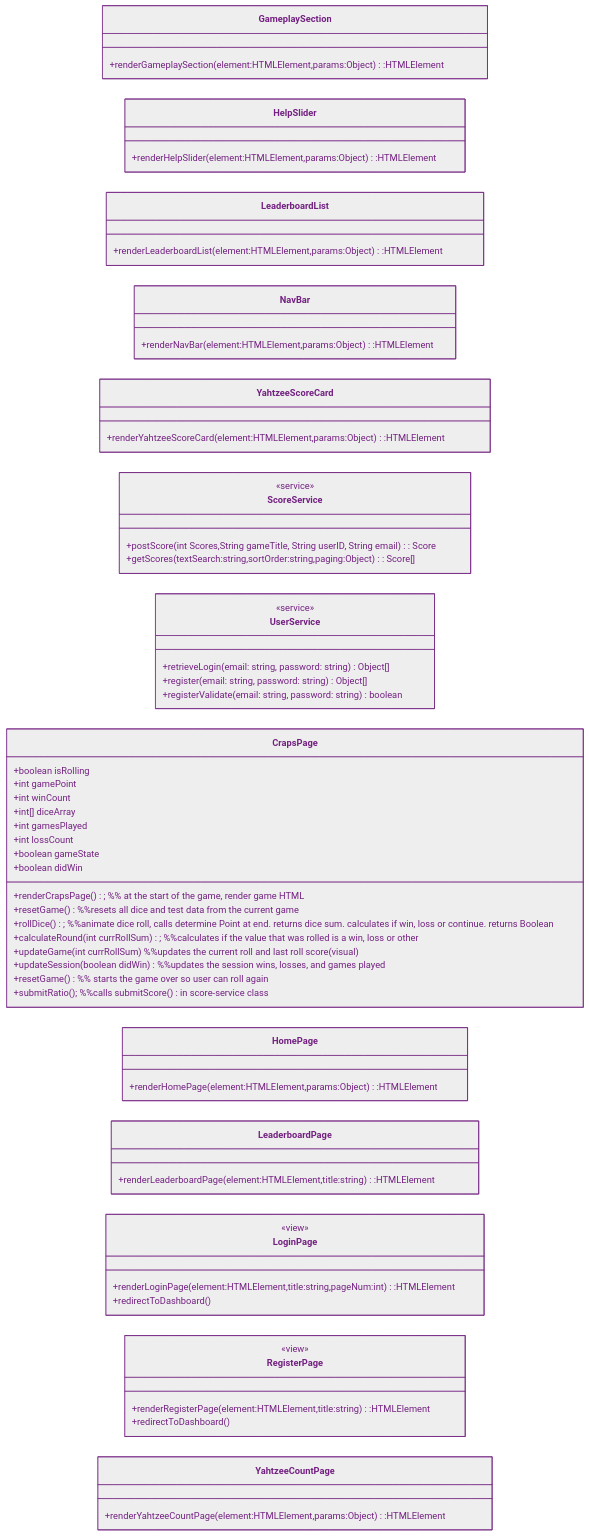
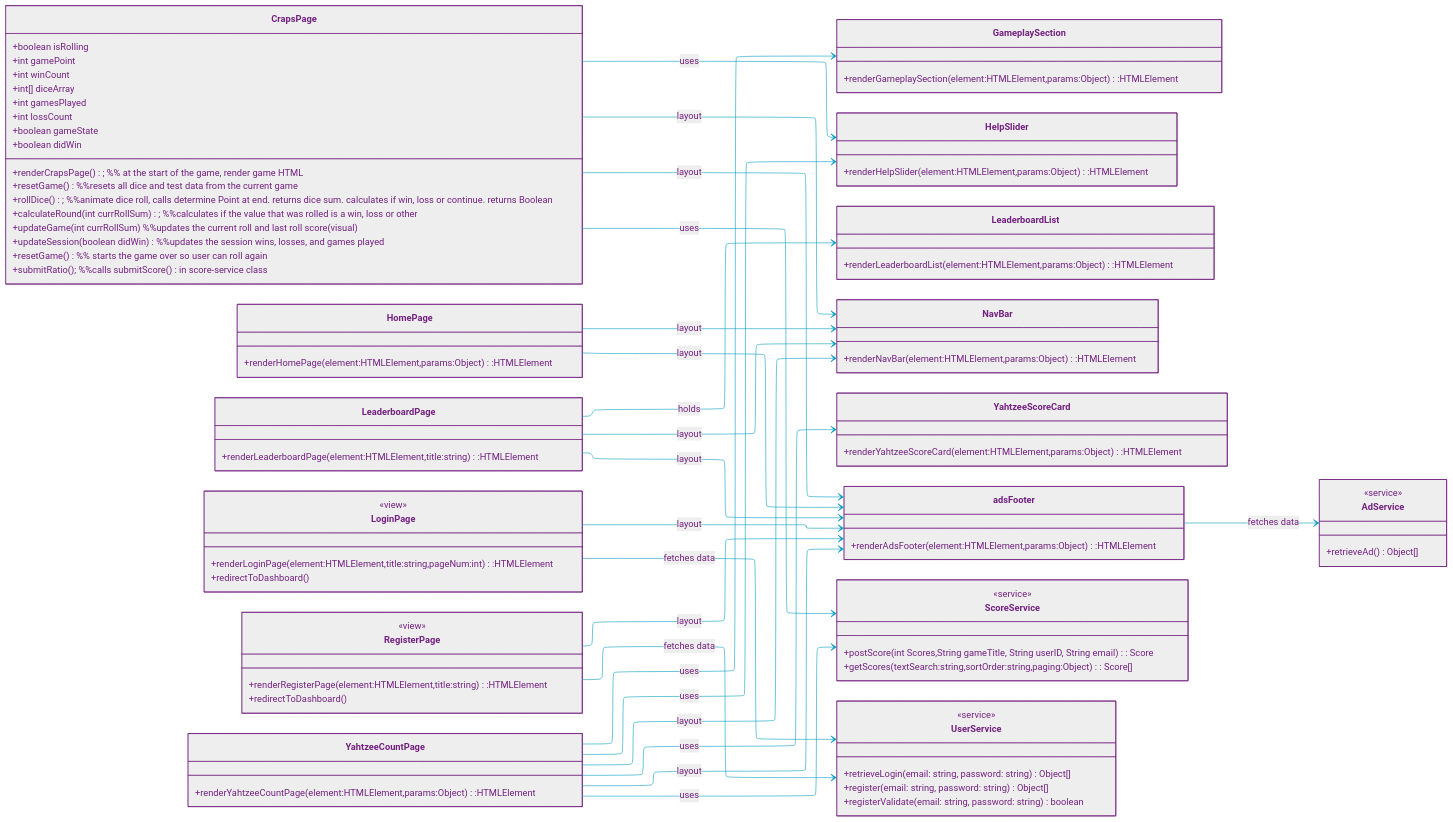
The diagram in uml/icd.md (null-0ne/COSA-195-Gamehub), drawn with Mermaid before and after one commit. The commit also changed 1 other file, not shown here.

Commit message:
Updated ICD to include adsFooter class and AdService class, Updated relationships in ICD

```diff
--- a/uml/icd.md
+++ b/uml/icd.md
@@ -28,6 +28,11 @@
     class YahtzeeScoreCard{
         +renderYahtzeeScoreCard(element:HTMLElement,params:Object):HTMLElement
     }
+
+    class adsFooter{
+        +renderAdsFooter(element:HTMLElement,params:Object):HTMLElement
+    }
+    
     %% ---------LIB -----------%%
     class ScoreService {
         <<service>>
@@ -40,6 +45,11 @@
         +retrieveLogin(email: string, password: string) Object[]
         +register(email: string, password: string) Object[]
         +registerValidate(email: string, password: string) boolean
+    }
+
+    class AdService{
+        <<service>>
+        +retrieveAd() Object[]
     }
 
     %% ---------PAGES ----------%%
@@ -95,16 +105,41 @@
         +renderYahtzeeCountPage(element:HTMLElement,params:Object):HTMLElement
     }
 
+
     
      %% Relationships
-    %% NavBar <-- YahtzeeCountPage : layout
+    HomePage --> adsFooter : layout
+    YahtzeeCountPage --> adsFooter : layout
+    CrapsPage --> adsFooter : layout
+    LeaderboardPage --> adsFooter : layout
+    LoginPage --> adsFooter : layout
+    RegisterPage --> adsFooter : layout
+
+    HomePage --> NavBar : layout
+    CrapsPage --> NavBar : layout
+    YahtzeeCountPage --> NavBar : layout
+    LeaderboardPage --> NavBar : layout
+
+    YahtzeeCountPage --> ScoreService : uses
+    YahtzeeCountPage --> YahtzeeScoreCard : uses
+    YahtzeeCountPage --> GameplaySection : uses
+    YahtzeeCountPage --> HelpSlider : uses
+
+    CrapsPage --> ScoreService : uses
+    CrapsPage --> HelpSlider : uses
+
+    LeaderboardPage --> LeaderboardList : holds
+
+    LoginPage --> UserService : fetches data
+    RegisterPage --> UserService : fetches data
+
+    adsFooter --> AdService : fetches data
     %% scoreService<-- YahtzeeCountPage : uses
     %% YahtzeeCountPage <-- yahtzee-scorecard : uses
     %% YahtzeeCountPage <-- gameplay-section : uses
     %% LoginPage --> UserService : fetches data
     %% RegisterPage --> UserService : fetches data
-    %% NavBar <-- CrapsPage : layout
-    %% NavBar <-- YahtzeeCountPage : layout
+    
     %% YahtzeeCountPage --> HelpSlider: uses
     %% CrapsPage --> HelpSlider: uses
     %% CrapsPage --> score-service : sends score data
```
